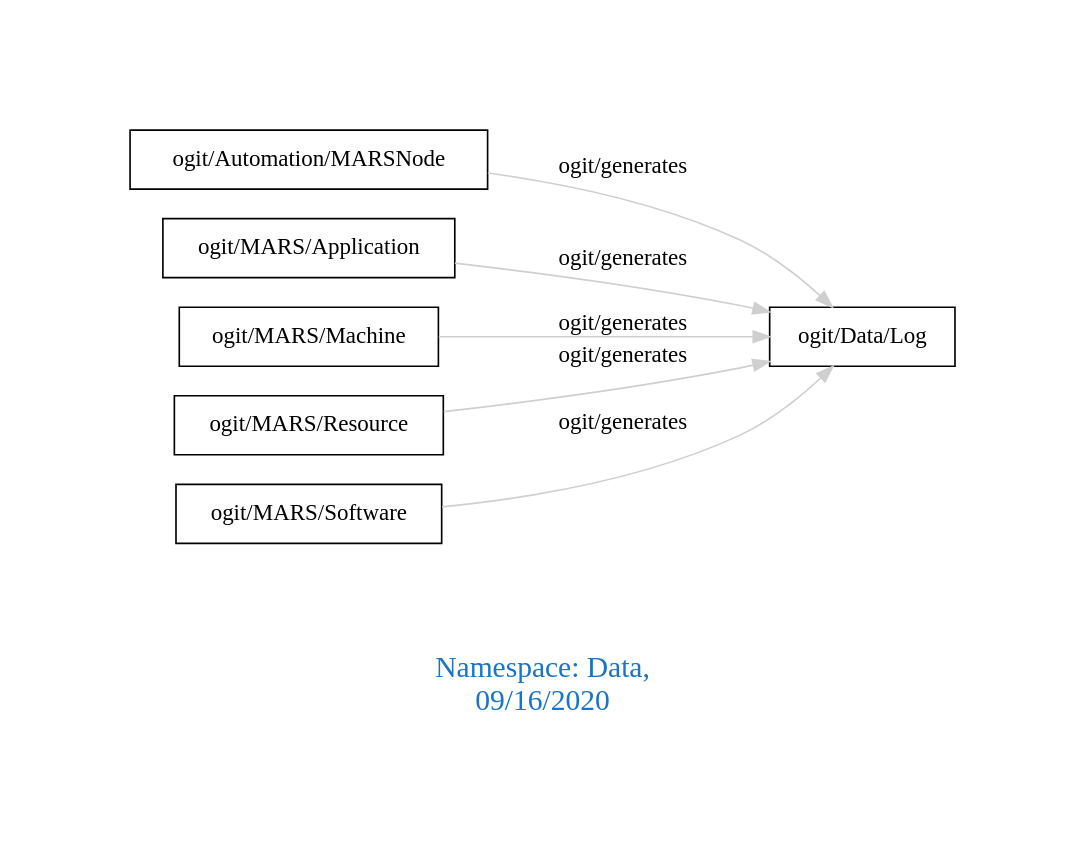
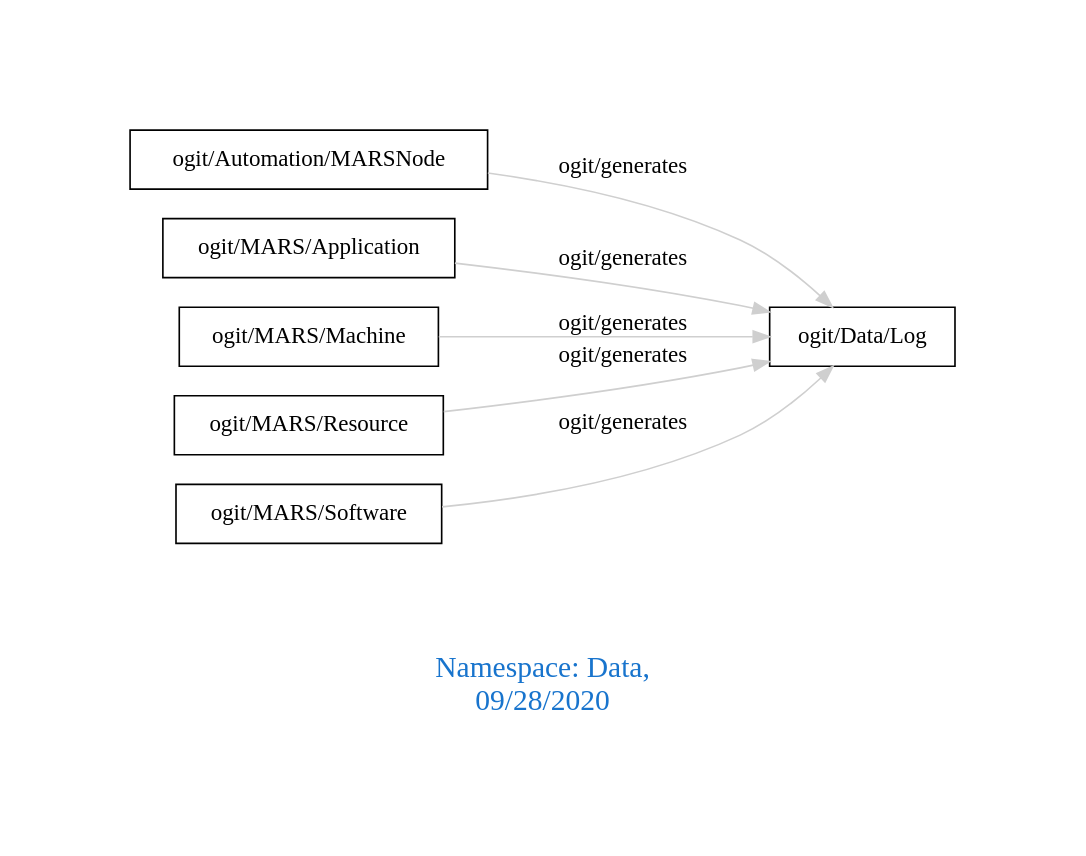
One commit to arago/OGIT changed the diagram in downloads/Data.dot. Above: the diagram before and after it, drawn with Graphviz. The commit also changed 1836 other files, not shown here.

```diff
--- a/downloads/Data.dot
+++ b/downloads/Data.dot
@@ -1,13 +1,13 @@
 digraph OGIT_ontology {
  graph [ rankdir= LR,pad=1 
 fontsize = 18,
-fontcolor= dodgerblue3,label = "\n\n\nNamespace: Data, \n 09/16/2020"];
+fontcolor= dodgerblue3,label = "\n\n\nNamespace: Data, \n 09/28/2020"];
 node[shape=polygon];
 edge [  color="gray81"];
 
    "ogit/Automation/MARSNode" -> "ogit/Data/Log" [label="   ogit/generates    "];
    "ogit/MARS/Application" -> "ogit/Data/Log" [label="   ogit/generates    "];
    "ogit/MARS/Machine" -> "ogit/Data/Log" [label="   ogit/generates    "];
    "ogit/MARS/Resource" -> "ogit/Data/Log" [label="   ogit/generates    "];
    "ogit/MARS/Software" -> "ogit/Data/Log" [label="   ogit/generates    "];
 }
```
